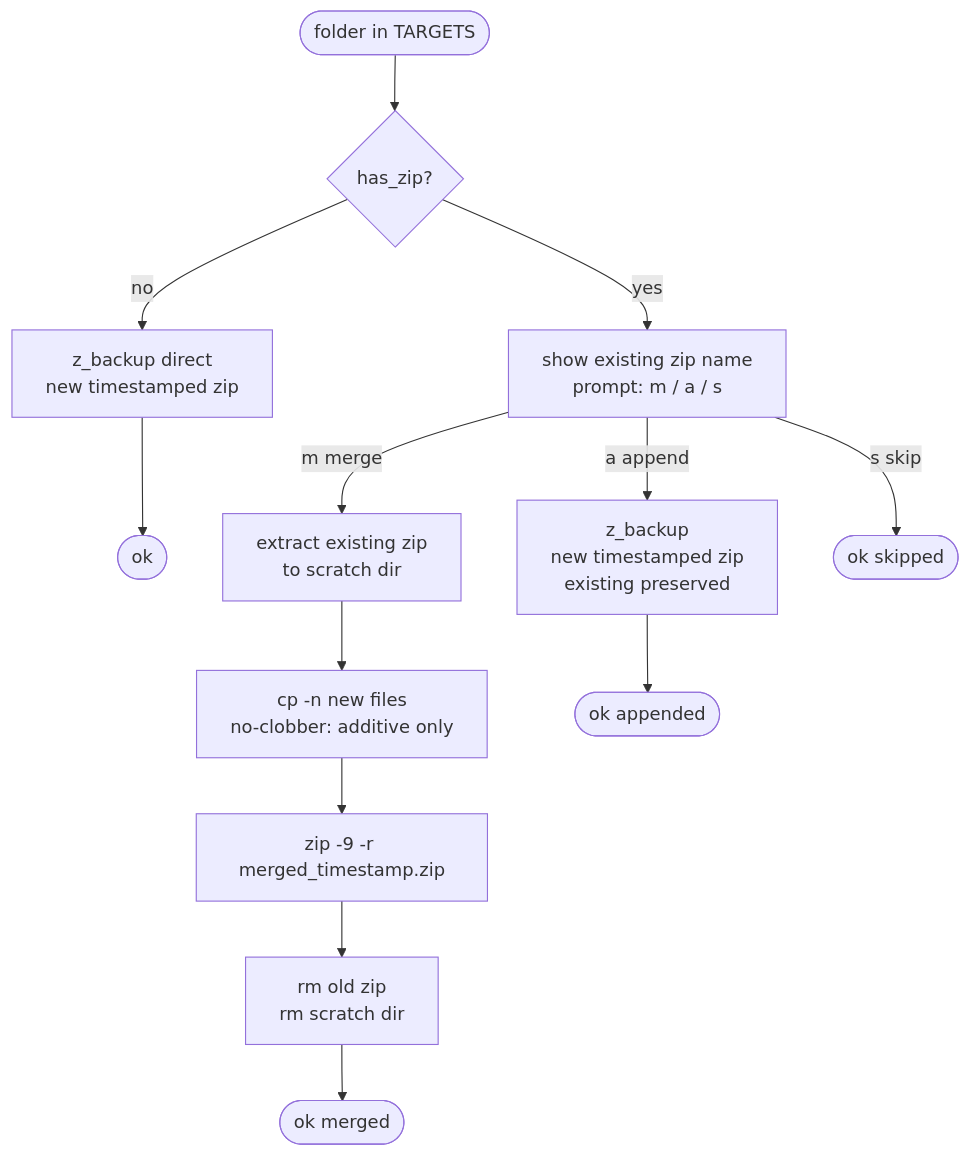
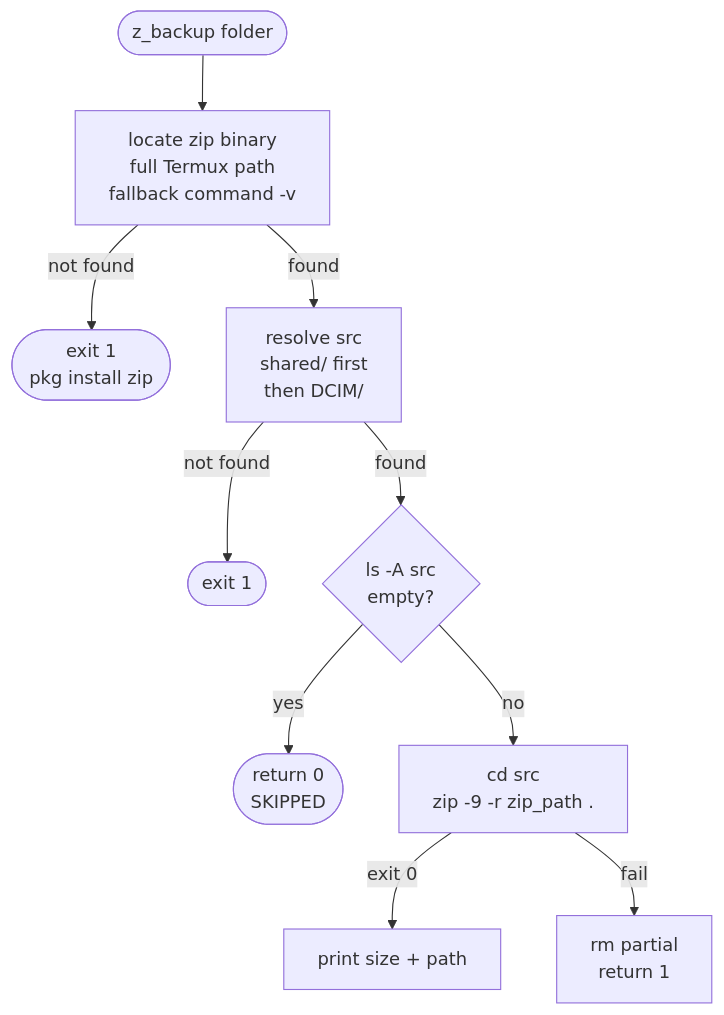
Before and after one commit to SamuelDixxon/termux-backup: the sixth of 8 diagrams in README.md, drawn with Mermaid. The commit also changed other lines of this file, not shown here.

````diff
--- a/README.md
+++ b/README.md
@@ -707,27 +317,21 @@
 ```mermaid
 flowchart TD
-    START([folder in TARGETS]) --> HAS{has_zip?}
-
-    HAS -->|no| DIRECT[z_backup direct
-new timestamped zip]
-    DIRECT --> DONE([ok])
-
-    HAS -->|yes| PROMPT[show existing zip name
-prompt: m / a / s]
-
-    PROMPT -->|m merge| EXT[extract existing zip
-to scratch dir]
-    EXT --> COPY[cp -n new files
-no-clobber: additive only]
-    COPY --> REZIP[zip -9 -r merged_timestamp.zip]
-    REZIP --> DEL[rm old zip
-rm scratch dir]
-    DEL --> DONE2([ok merged])
-
-    PROMPT -->|a append| APPEND[z_backup
-new timestamped zip
-existing preserved]
-    APPEND --> DONE3([ok appended])
-
-    PROMPT -->|s skip| SKIP([ok skipped])
+    IN([z_backup folder]) --> BIN[locate zip binary
+full Termux path
+fallback command -v]
+    BIN -->|not found| FAIL([exit 1
+pkg install zip])
+    BIN -->|found| RES[resolve src
+shared/ first
+then DCIM/]
+    RES -->|not found| FAIL2([exit 1])
+    RES -->|found| EMPTY{ls -A src
+empty?}
+    EMPTY -->|yes| SKIP2([return 0
+SKIPPED])
+    EMPTY -->|no| ZIP[cd src
+zip -9 -r zip_path .]
+    ZIP -->|exit 0| SIZE[print size + path]
+    ZIP -->|fail| CLEAN[rm partial
+return 1]
 ```
````
